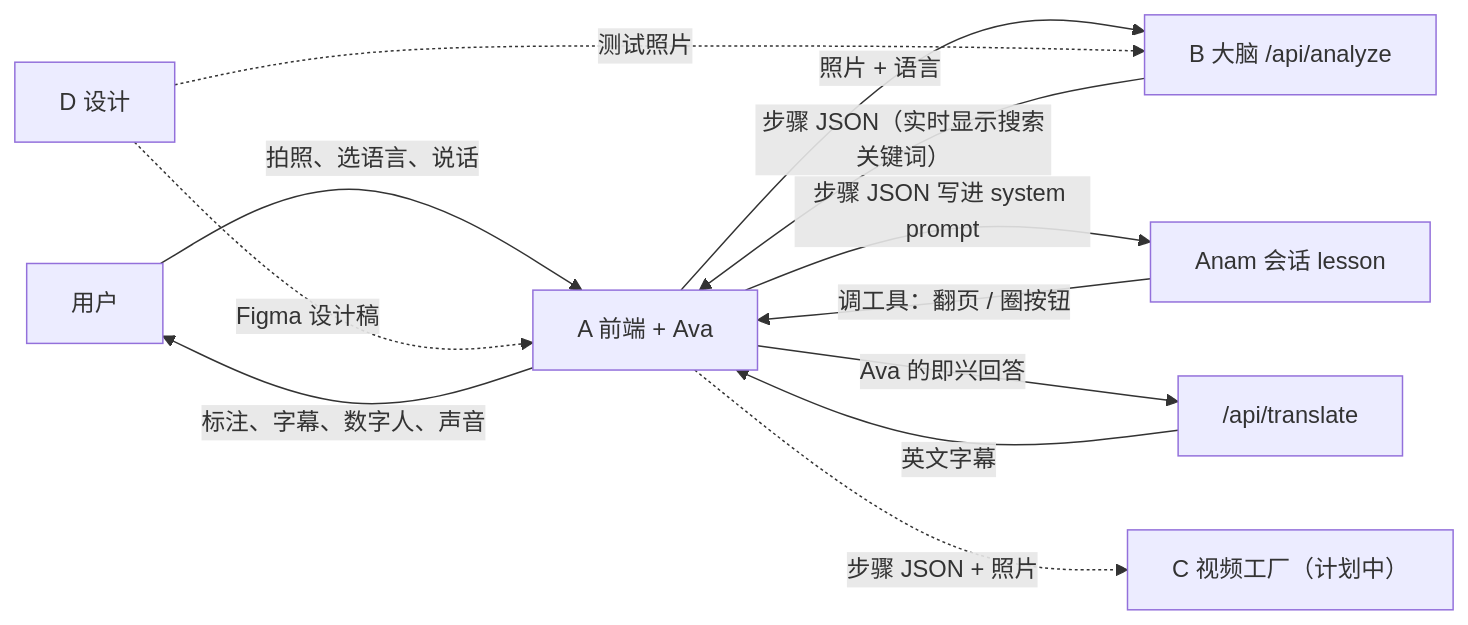
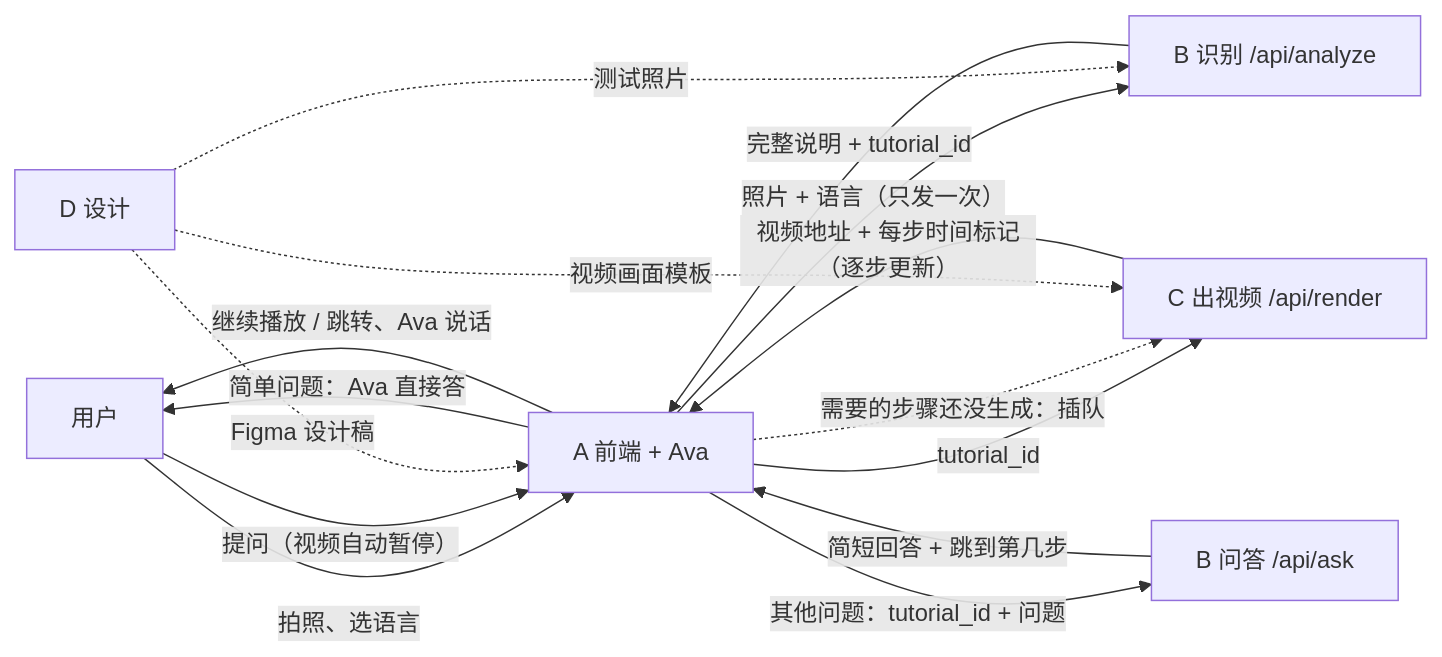
Before and after one commit to YidingWang05/Mission_ImpAIssible: the diagram in README.md, drawn with Mermaid. The commit also changed other lines of this file, not shown here.

````diff
--- a/README.md
+++ b/README.md
@@ -69,14 +84,17 @@
 ```mermaid
 flowchart LR
-    U["用户"] -- "拍照、选语言、说话" --> A["A 前端 + Ava"]
-    A -- "照片 + 语言" --> B["B 大脑 /api/analyze"]
-    B -- "步骤 JSON（实时显示搜索关键词）" --> A
-    A -- "步骤 JSON 写进 system prompt" --> AN["Anam 会话 lesson"]
-    AN -- "调工具：翻页 / 圈按钮" --> A
-    A -- "Ava 的即兴回答" --> T["/api/translate"]
-    T -- "英文字幕" --> A
-    A -. "步骤 JSON + 照片" .-> C["C 视频工厂（计划中）"]
-    A -- "标注、字幕、数字人、声音" --> U
+    U["用户"] -- "拍照、选语言" --> A["A 前端 + Ava"]
+    A -- "照片 + 语言（只发一次）" --> B1["B 识别 /api/analyze"]
+    B1 -- "完整说明 + tutorial_id" --> A
+    A -- "tutorial_id" --> C["C 出视频 /api/render"]
+    C -- "视频地址 + 每步时间标记（逐步更新）" --> A
+    U -- "提问（视频自动暂停）" --> A
+    A -- "简单问题：Ava 直接答" --> U
+    A -- "其他问题：tutorial_id + 问题" --> B2["B 问答 /api/ask"]
+    B2 -- "简短回答 + 跳到第几步" --> A
+    A -. "需要的步骤还没生成：插队" .-> C
+    A -- "继续播放 / 跳转、Ava 说话" --> U
     D["D 设计"] -. "Figma 设计稿" .-> A
-    D -. "测试照片" .-> B
+    D -. "视频画面模板" .-> C
+    D -. "测试照片" .-> B1
 ```
````
